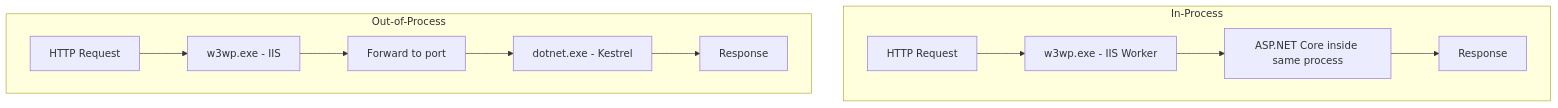
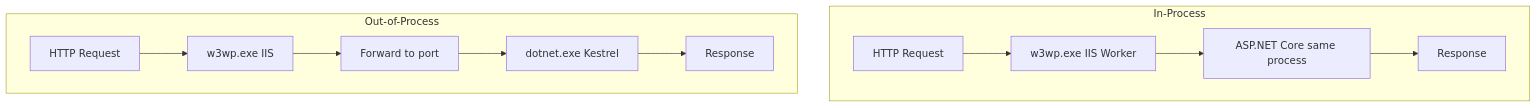
Diagram 14 of 19 in ASP.NET-Core-Network-HTTP-Guide.md (sridharpolepalli/dotnet-learn), drawn with Mermaid before and after one commit. The commit also changed other lines of this file and 1 other file, not shown here.

Commit message:
fixing the mermaid issues

````diff
--- a/ASP.NET-Core-Network-HTTP-Guide.md
+++ b/ASP.NET-Core-Network-HTTP-Guide.md
@@ -734,15 +734,15 @@
 ```mermaid
 flowchart TB
     subgraph InProc["In-Process"]
-        Req1[HTTP Request] --> W3WP[w3wp.exe - IIS Worker]
-        W3WP --> Core1[ASP.NET Core inside same process]
+        Req1[HTTP Request] --> W3WP["w3wp.exe IIS Worker"]
+        W3WP --> Core1["ASP.NET Core same process"]
         Core1 --> Resp1[Response]
     end
 
     subgraph OutProc["Out-of-Process"]
-        Req2[HTTP Request] --> W3WP2[w3wp.exe - IIS]
+        Req2[HTTP Request] --> W3WP2["w3wp.exe IIS"]
         W3WP2 --> Fwd[Forward to port]
-        Fwd --> Kestrel[dotnet.exe - Kestrel]
+        Fwd --> Kestrel["dotnet.exe Kestrel"]
         Kestrel --> Resp2[Response]
     end
 ```
````
